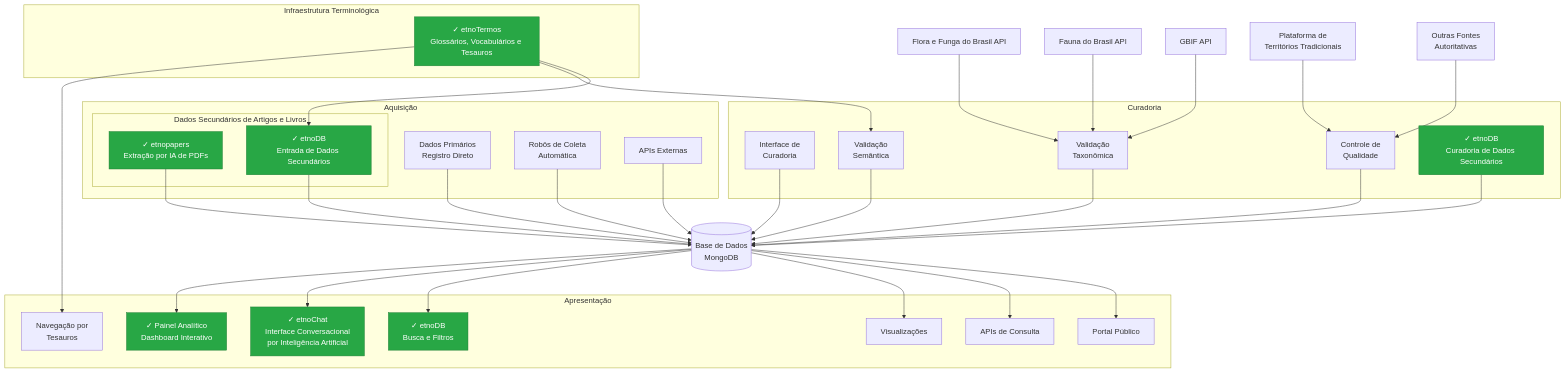
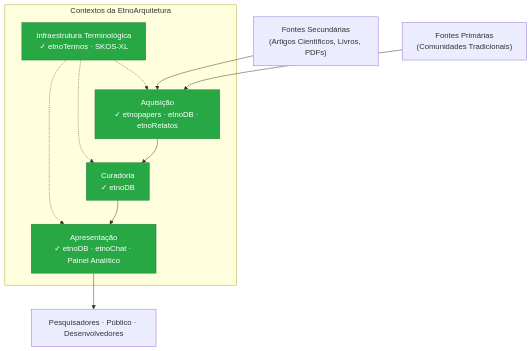
Before and after one commit to edalcin/Arquitetura-BioCultural: the first of 4 diagrams in README.md, drawn with Mermaid. The commit also changed other lines of this file and 4 other files, not shown here.

First line of the commit message:
docs: EtnoArquitetura v2.0 — etnoRelatos + SKOS-XL + diagrama simplificado

````diff
--- a/README.md
+++ b/README.md
@@ -85,74 +85,28 @@
 ```mermaid
 graph TB
-    subgraph "Aquisição"
-        subgraph A1["Dados Secundários de Artigos e Livros"]
-            ETNOPAPERS["✓ etnopapers<br/>Extração por IA de PDFs"]
-            ETNODB_ACQ["✓ etnoDB<br/>Entrada de Dados Secundários"]
-        end
-        A2[Dados Primários<br/>Registro Direto]
-        A3[Robôs de Coleta<br/>Automática]
-        A4[APIs Externas]
+    FS["Fontes Secundárias<br/>(Artigos Científicos, Livros, PDFs)"]
+    FP["Fontes Primárias<br/>(Comunidades Tradicionais)"]
+
+    subgraph "Contextos da EtnoArquitetura"
+        ACQ["Aquisição<br/>✓ etnopapers · etnoDB · etnoRelatos"]
+        TERM["Infraestrutura Terminológica<br/>✓ etnoTermos · SKOS-XL"]
+        CUR["Curadoria<br/>✓ etnoDB"]
+        APR["Apresentação<br/>✓ etnoDB · etnoChat · Painel Analítico"]
     end
 
-    subgraph "Infraestrutura Terminológica"
-        ETNOTERMOS["✓ etnoTermos<br/>Glossários, Vocabulários e Tesauros"]
-    end
+    PUB["Pesquisadores · Público · Desenvolvedores"]
 
-    subgraph "Curadoria"
-        C1[Interface de<br/>Curadoria]
-        C2[Validação<br/>Taxonômica]
-        C3[Controle de<br/>Qualidade]
-        C4[Validação<br/>Semântica]
-        ETNODB_CUR["✓ etnoDB<br/>Curadoria de Dados Secundários"]
-    end
+    FS --> ACQ
+    FP --> ACQ
+    ACQ --> CUR
+    TERM -.-> ACQ
+    TERM -.-> CUR
+    TERM -.-> APR
+    CUR --> APR
+    APR --> PUB
 
-    subgraph "Apresentação"
-        P1[Portal Público]
-        P2[APIs de Consulta]
-        P3[Visualizações]
-        P4[Navegação por<br/>Tesauros]
-        ETNODB_PUB["✓ etnoDB<br/>Busca e Filtros"]
-        ETNOCHAT["✓ etnoChat<br/>Interface Conversacional<br/>por Inteligência Artificial"]
-        PAINEL["✓ Painel Analítico<br/>Dashboard Interativo"]
-    end
-
-    DB[("Base de Dados<br/>MongoDB")]
-
-    A2 --> DB
-    A3 --> DB
-    A4 --> DB
-    ETNOPAPERS --> DB
-    ETNODB_ACQ --> DB
-
-    C1 --> DB
-    C2 --> DB
-    C3 --> DB
-    ETNODB_CUR --> DB
-
-    DB --> P1
-    DB --> P2
-    DB --> P3
-    DB --> ETNODB_PUB
-    DB --> ETNOCHAT
-    DB --> PAINEL
-
-    ETNOTERMOS --> ETNODB_ACQ
-    ETNOTERMOS --> C4
-    C4 --> DB
-    ETNOTERMOS --> P4
-
-    EXT1[Flora e Funga do Brasil API] --> C2
-    EXT2[Fauna do Brasil API] --> C2
-    EXT3[GBIF API] --> C2
-    EXT4[Plataforma de<br>Territórios Tradicionais] --> C3
-    EXT5[Outras Fontes<br>Autoritativas] --> C3
-
-    style ETNOPAPERS fill:#28a745,stroke:#1e7e34,color:#ffffff
-    style ETNODB_ACQ fill:#28a745,stroke:#1e7e34,color:#ffffff
-    style ETNODB_CUR fill:#28a745,stroke:#1e7e34,color:#ffffff
-    style ETNODB_PUB fill:#28a745,stroke:#1e7e34,color:#ffffff
-    style ETNOTERMOS fill:#28a745,stroke:#1e7e34,color:#ffffff
-    style ETNOCHAT fill:#28a745,stroke:#1e7e34,color:#ffffff
-    style PAINEL fill:#28a745,stroke:#1e7e34,color:#ffffff
-
+    style ACQ fill:#28a745,stroke:#1e7e34,color:#ffffff
+    style TERM fill:#28a745,stroke:#1e7e34,color:#ffffff
+    style CUR fill:#28a745,stroke:#1e7e34,color:#ffffff
+    style APR fill:#28a745,stroke:#1e7e34,color:#ffffff
 ```
````
